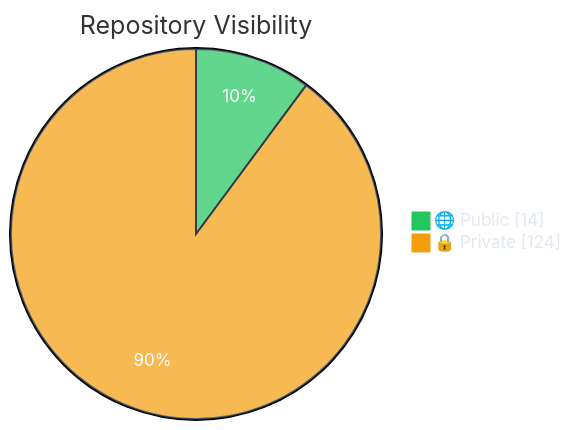
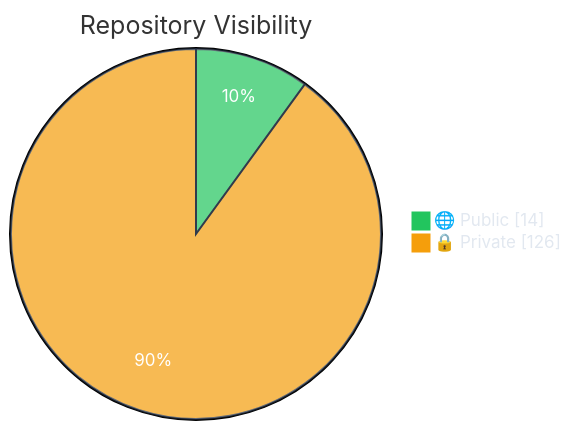
The first of 7 diagrams in README.md (polo-nyan/polo-nyan), drawn with Mermaid before and after one commit. The commit also changed other lines of this file and 1 other file, not shown here.

````diff
--- a/README.md
+++ b/README.md
@@ -83,7 +83,7 @@
 ```mermaid
 %%{init: {"theme": "base", "themeVariables": { "pie1": "#22c55e", "pie2": "#f59e0b", "pie3": "#3b82f6", "pie4": "#ec4899", "pieTextColor": "#ffffff", "pieLegendTextColor": "#e2e8f0", "pieSectionTextColor": "#ffffff", "pieStrokeColor": "#1e293b" }}}%%
 pie showData
     title Repository Visibility
     "🌐 Public" : 14
-    "🔒 Private" : 124
+    "🔒 Private" : 126
 ```
````
